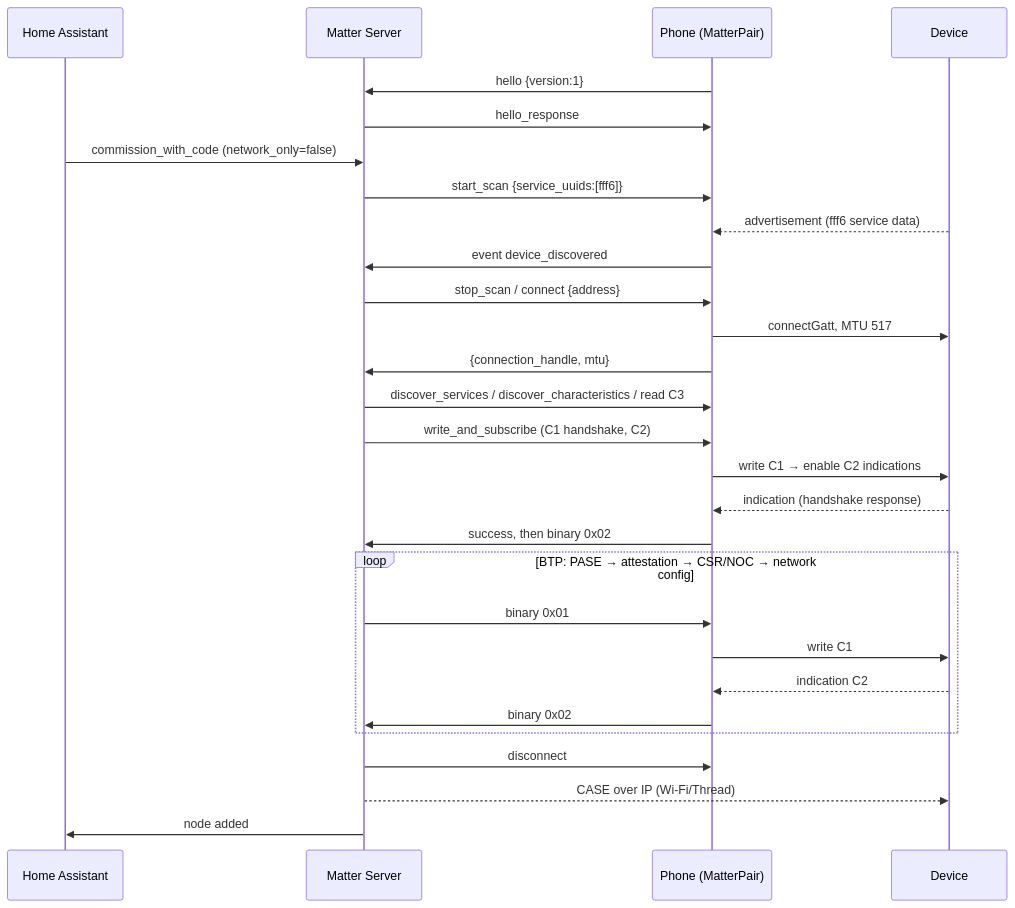
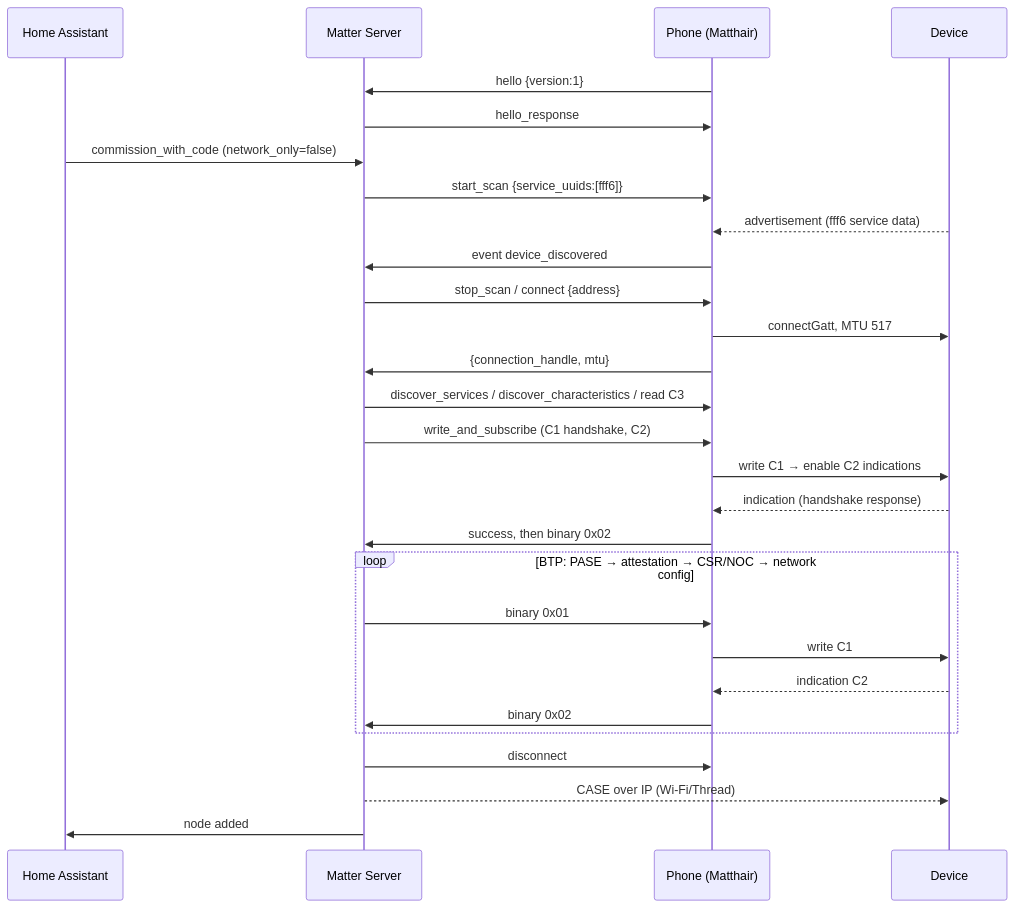
One commit to DWicki/Matthair changed the diagram in docs/ble-proxy-protocol.md. Above: the diagram before and after it, drawn with Mermaid. The commit also changed other lines of this file and 16 other files, not shown here.

````diff
--- a/docs/ble-proxy-protocol.md
+++ b/docs/ble-proxy-protocol.md
@@ -176,30 +176,30 @@
 ```mermaid
 sequenceDiagram
     participant HA as Home Assistant
     participant S as Matter Server
-    participant P as Phone (MatterPair)
+    participant P as Phone (Matthair)
     participant D as Device
     P->>S: hello {version:1}
     S->>P: hello_response
     HA->>S: commission_with_code (network_only=false)
     S->>P: start_scan {service_uuids:[fff6]}
     D-->>P: advertisement (fff6 service data)
     P->>S: event device_discovered
     S->>P: stop_scan / connect {address}
     P->>D: connectGatt, MTU 517
     P->>S: {connection_handle, mtu}
     S->>P: discover_services / discover_characteristics / read C3
     S->>P: write_and_subscribe (C1 handshake, C2)
     P->>D: write C1 → enable C2 indications
     D-->>P: indication (handshake response)
     P->>S: success, then binary 0x02
     loop BTP: PASE → attestation → CSR/NOC → network config
         S->>P: binary 0x01
         P->>D: write C1
         D-->>P: indication C2
         P->>S: binary 0x02
     end
     S->>P: disconnect
     S-->>D: CASE over IP (Wi-Fi/Thread)
     S->>HA: node added
 ```
````
